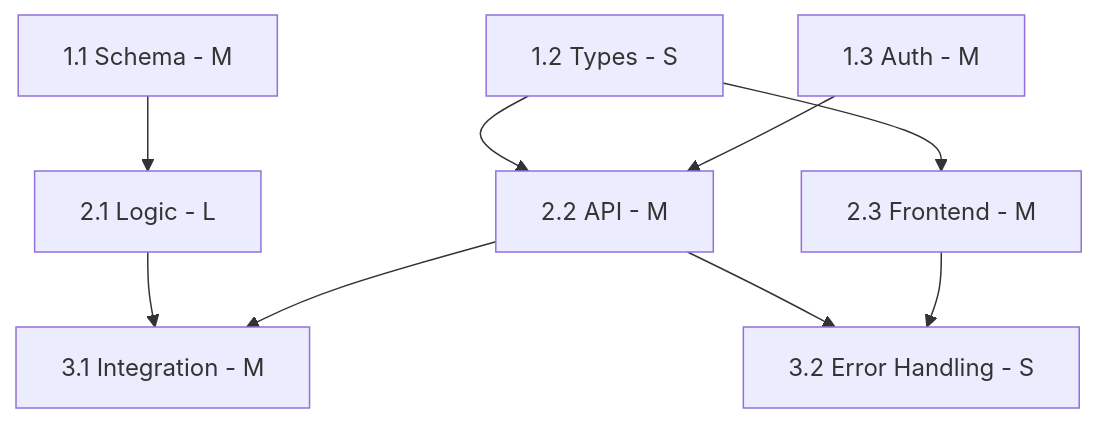
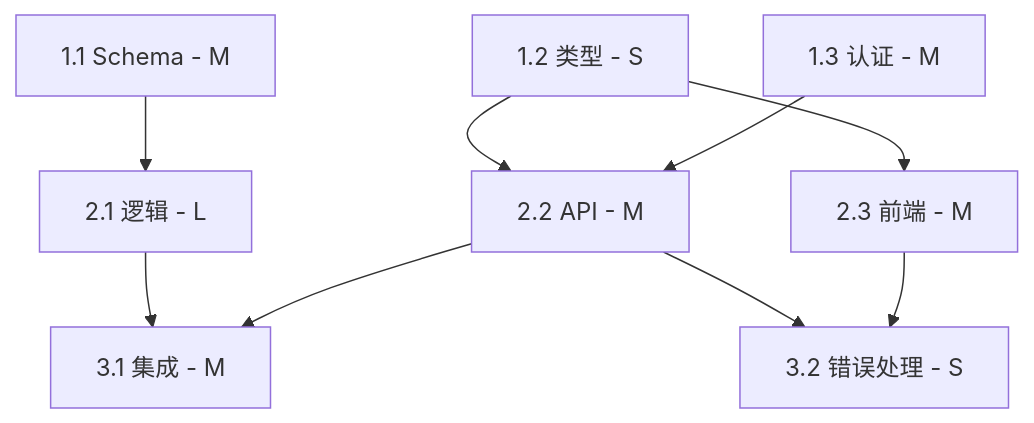
Before and after one commit to tourze/ai-experts: the diagram in src/components/skills/task-decomposer/references/dependency-mapping.md, drawn with Mermaid. The commit also changed other lines of this file and 240 other files, not shown here.

````diff
--- a/src/components/skills/task-decomposer/references/dependency-mapping.md
+++ b/src/components/skills/task-decomposer/references/dependency-mapping.md
@@ -106,11 +104,11 @@
 ```mermaid
 graph TD
-    A[1.1 Schema - M] --> D[2.1 Logic - L]
-    B[1.2 Types - S] --> E[2.2 API - M]
-    B --> F[2.3 Frontend - M]
-    C[1.3 Auth - M] --> E
-    D --> G[3.1 Integration - M]
+    A[1.1 Schema - M] --> D[2.1 逻辑 - L]
+    B[1.2 类型 - S] --> E[2.2 API - M]
+    B --> F[2.3 前端 - M]
+    C[1.3 认证 - M] --> E
+    D --> G[3.1 集成 - M]
     E --> G
-    E --> H[3.2 Error Handling - S]
+    E --> H[3.2 错误处理 - S]
     F --> H
 ```
````
